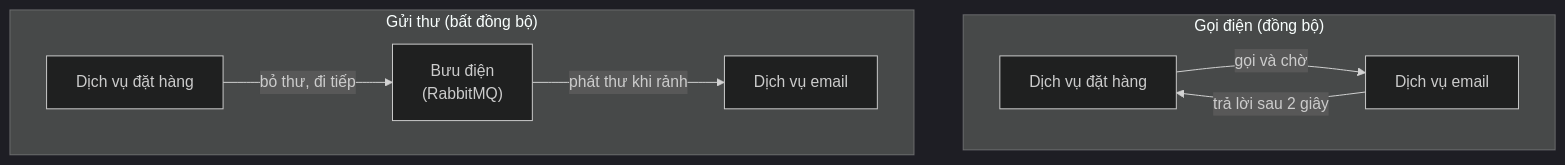
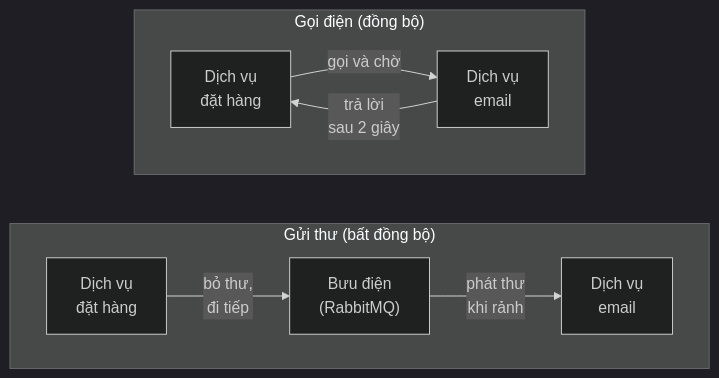
One commit to duongbui234/software-engineering-atlas changed the first of 2 diagrams in content/posts/2026-11-21-rabbitmq-why-queues.md. Above: the diagram before and after it, drawn with Mermaid (dark theme). The commit also changed 18 other files, not shown here.

First line of the commit message:
MQ-03 exchange-type comparison, and readable Mermaid diagrams (#6)

````diff
--- a/content/posts/2026-11-21-rabbitmq-why-queues.md
+++ b/content/posts/2026-11-21-rabbitmq-why-queues.md
@@ -52,11 +52,14 @@
 ```mermaid
 flowchart TB
     subgraph Call["Gọi điện (đồng bộ)"]
-        A1["Dịch vụ đặt hàng"] -->|"gọi và chờ"| B1["Dịch vụ email"]
-        B1 -->|"trả lời sau 2 giây"| A1
+        direction LR
+        A1["Dịch vụ<br/>đặt hàng"] -->|"gọi và chờ"| B1["Dịch vụ<br/>email"]
+        B1 -->|"trả lời<br/>sau 2 giây"| A1
     end
     subgraph Mail["Gửi thư (bất đồng bộ)"]
-        A2["Dịch vụ đặt hàng"] -->|"bỏ thư, đi tiếp"| P["Bưu điện<br/>(RabbitMQ)"]
-        P -->|"phát thư khi rảnh"| B2["Dịch vụ email"]
+        direction LR
+        A2["Dịch vụ<br/>đặt hàng"] -->|"bỏ thư,<br/>đi tiếp"| P["Bưu điện<br/>(RabbitMQ)"]
+        P -->|"phát thư<br/>khi rảnh"| B2["Dịch vụ<br/>email"]
     end
+    Call ~~~ Mail
 ```
````
